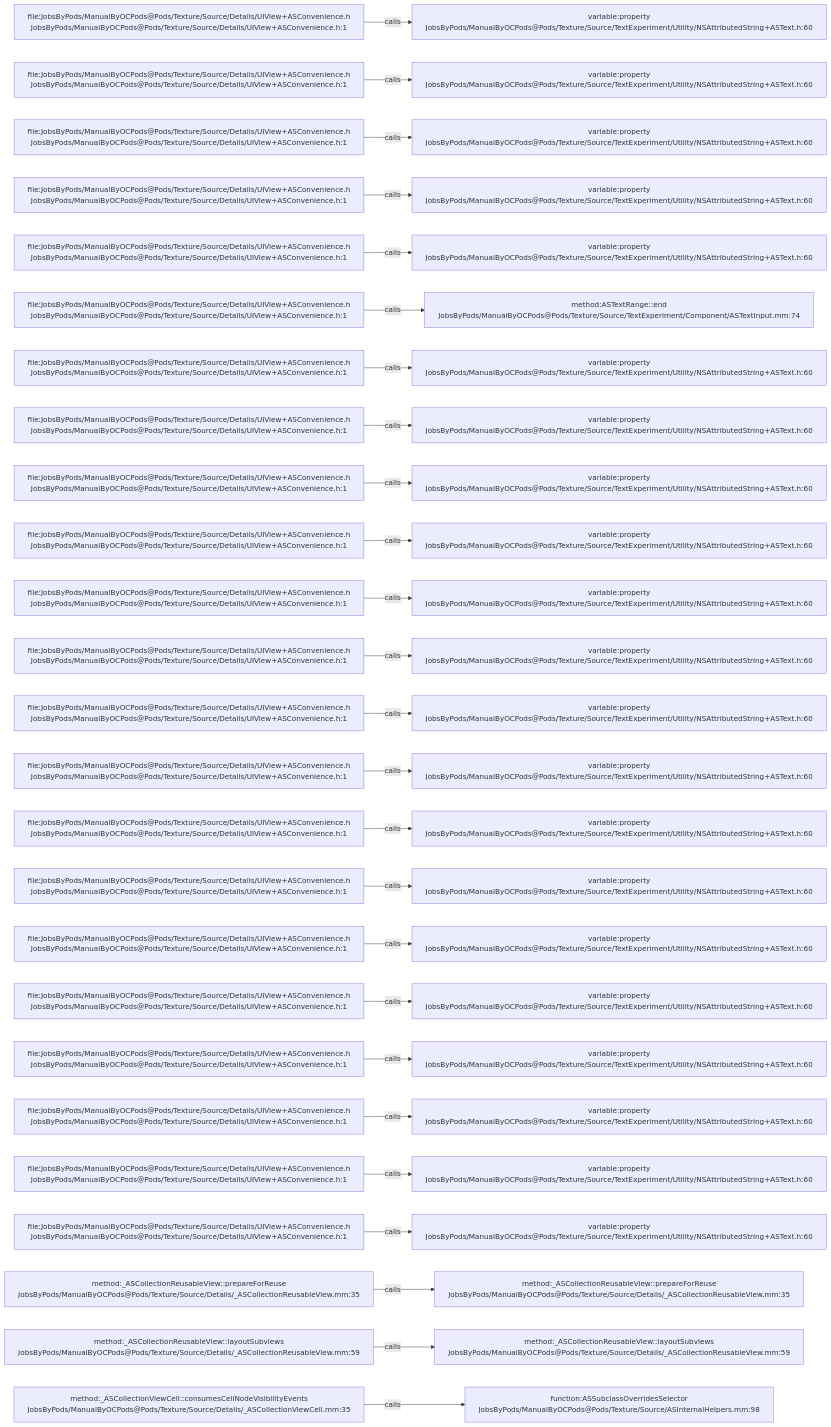
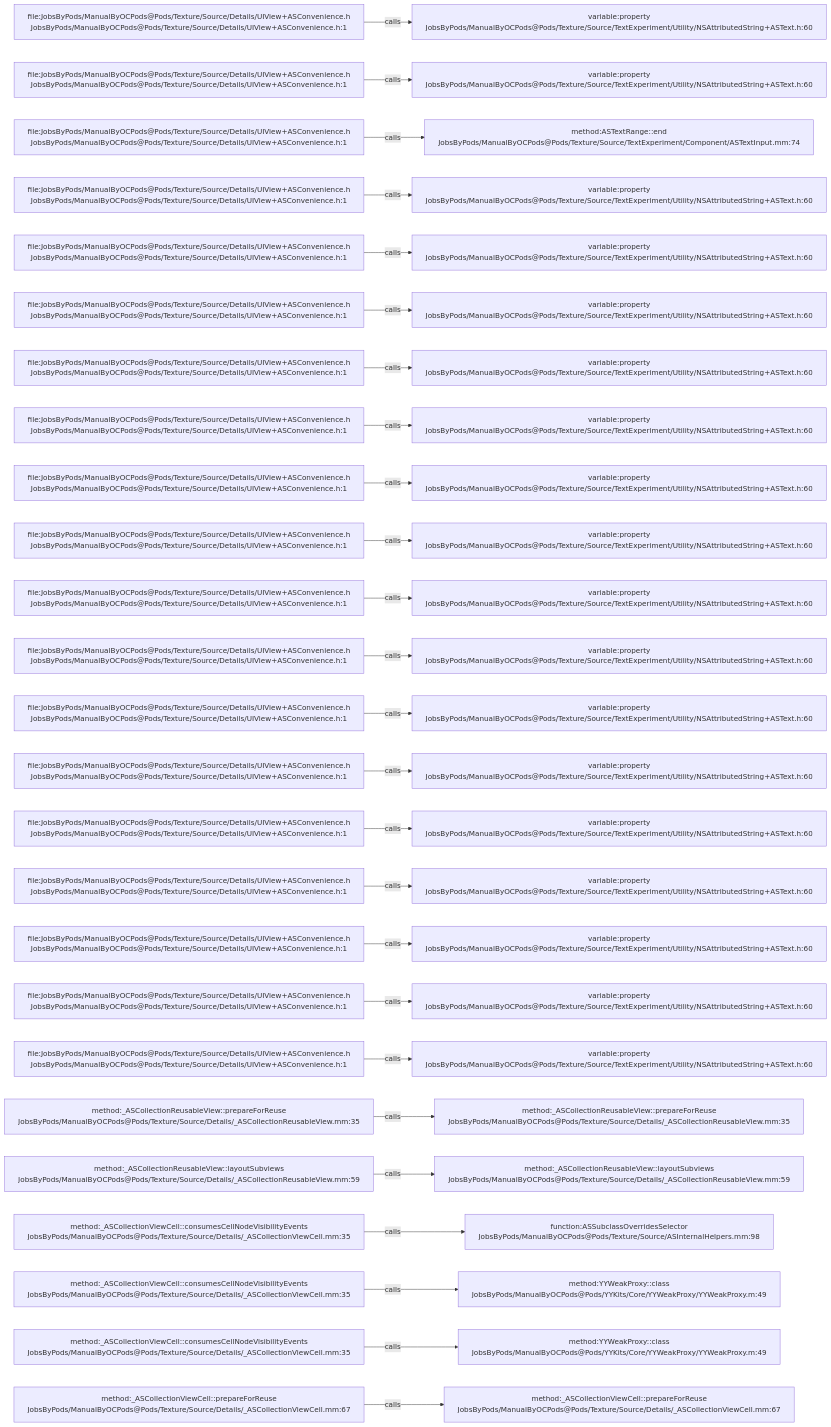
Before and after one commit to JobsKits/JobsOCBaseConfigDemo: the diagram in .codegraph/codegraph.md/graphs/calls-172.md, drawn with Mermaid. The commit also changed 342 other files, not shown here.

````diff
--- a/.codegraph/codegraph.md/graphs/calls-172.md
+++ b/.codegraph/codegraph.md/graphs/calls-172.md
@@ -13,78 +13,78 @@
 ```mermaid
 flowchart LR
   S1["file:JobsByPods/ManualByOCPods@Pods/Texture/Source/Details/UIView+ASConvenience.h<br/>JobsByPods/ManualByOCPods@Pods/Texture/Source/Details/UIView+ASConvenience.h:1"]
   T1["variable:property<br/>JobsByPods/ManualByOCPods@Pods/Texture/Source/TextExperiment/Utility/NSAttributedString+ASText.h:60"]
   S1 -->|calls| T1
   S2["file:JobsByPods/ManualByOCPods@Pods/Texture/Source/Details/UIView+ASConvenience.h<br/>JobsByPods/ManualByOCPods@Pods/Texture/Source/Details/UIView+ASConvenience.h:1"]
   T2["variable:property<br/>JobsByPods/ManualByOCPods@Pods/Texture/Source/TextExperiment/Utility/NSAttributedString+ASText.h:60"]
   S2 -->|calls| T2
   S3["file:JobsByPods/ManualByOCPods@Pods/Texture/Source/Details/UIView+ASConvenience.h<br/>JobsByPods/ManualByOCPods@Pods/Texture/Source/Details/UIView+ASConvenience.h:1"]
-  T3["variable:property<br/>JobsByPods/ManualByOCPods@Pods/Texture/Source/TextExperiment/Utility/NSAttributedString+ASText.h:60"]
+  T3["method:ASTextRange::end<br/>JobsByPods/ManualByOCPods@Pods/Texture/Source/TextExperiment/Component/ASTextInput.mm:74"]
   S3 -->|calls| T3
   S4["file:JobsByPods/ManualByOCPods@Pods/Texture/Source/Details/UIView+ASConvenience.h<br/>JobsByPods/ManualByOCPods@Pods/Texture/Source/Details/UIView+ASConvenience.h:1"]
   T4["variable:property<br/>JobsByPods/ManualByOCPods@Pods/Texture/Source/TextExperiment/Utility/NSAttributedString+ASText.h:60"]
   S4 -->|calls| T4
   S5["file:JobsByPods/ManualByOCPods@Pods/Texture/Source/Details/UIView+ASConvenience.h<br/>JobsByPods/ManualByOCPods@Pods/Texture/Source/Details/UIView+ASConvenience.h:1"]
   T5["variable:property<br/>JobsByPods/ManualByOCPods@Pods/Texture/Source/TextExperiment/Utility/NSAttributedString+ASText.h:60"]
   S5 -->|calls| T5
   S6["file:JobsByPods/ManualByOCPods@Pods/Texture/Source/Details/UIView+ASConvenience.h<br/>JobsByPods/ManualByOCPods@Pods/Texture/Source/Details/UIView+ASConvenience.h:1"]
-  T6["method:ASTextRange::end<br/>JobsByPods/ManualByOCPods@Pods/Texture/Source/TextExperiment/Component/ASTextInput.mm:74"]
+  T6["variable:property<br/>JobsByPods/ManualByOCPods@Pods/Texture/Source/TextExperiment/Utility/NSAttributedString+ASText.h:60"]
   S6 -->|calls| T6
   S7["file:JobsByPods/ManualByOCPods@Pods/Texture/Source/Details/UIView+ASConvenience.h<br/>JobsByPods/ManualByOCPods@Pods/Texture/Source/Details/UIView+ASConvenience.h:1"]
   T7["variable:property<br/>JobsByPods/ManualByOCPods@Pods/Texture/Source/TextExperiment/Utility/NSAttributedString+ASText.h:60"]
   S7 -->|calls| T7
   S8["file:JobsByPods/ManualByOCPods@Pods/Texture/Source/Details/UIView+ASConvenience.h<br/>JobsByPods/ManualByOCPods@Pods/Texture/Source/Details/UIView+ASConvenience.h:1"]
   T8["variable:property<br/>JobsByPods/ManualByOCPods@Pods/Texture/Source/TextExperiment/Utility/NSAttributedString+ASText.h:60"]
   S8 -->|calls| T8
   S9["file:JobsByPods/ManualByOCPods@Pods/Texture/Source/Details/UIView+ASConvenience.h<br/>JobsByPods/ManualByOCPods@Pods/Texture/Source/Details/UIView+ASConvenience.h:1"]
   T9["variable:property<br/>JobsByPods/ManualByOCPods@Pods/Texture/Source/TextExperiment/Utility/NSAttributedString+ASText.h:60"]
   S9 -->|calls| T9
   S10["file:JobsByPods/ManualByOCPods@Pods/Texture/Source/Details/UIView+ASConvenience.h<br/>JobsByPods/ManualByOCPods@Pods/Texture/Source/Details/UIView+ASConvenience.h:1"]
   T10["variable:property<br/>JobsByPods/ManualByOCPods@Pods/Texture/Source/TextExperiment/Utility/NSAttributedString+ASText.h:60"]
   S10 -->|calls| T10
   S11["file:JobsByPods/ManualByOCPods@Pods/Texture/Source/Details/UIView+ASConvenience.h<br/>JobsByPods/ManualByOCPods@Pods/Texture/Source/Details/UIView+ASConvenience.h:1"]
   T11["variable:property<br/>JobsByPods/ManualByOCPods@Pods/Texture/Source/TextExperiment/Utility/NSAttributedString+ASText.h:60"]
   S11 -->|calls| T11
   S12["file:JobsByPods/ManualByOCPods@Pods/Texture/Source/Details/UIView+ASConvenience.h<br/>JobsByPods/ManualByOCPods@Pods/Texture/Source/Details/UIView+ASConvenience.h:1"]
   T12["variable:property<br/>JobsByPods/ManualByOCPods@Pods/Texture/Source/TextExperiment/Utility/NSAttributedString+ASText.h:60"]
   S12 -->|calls| T12
   S13["file:JobsByPods/ManualByOCPods@Pods/Texture/Source/Details/UIView+ASConvenience.h<br/>JobsByPods/ManualByOCPods@Pods/Texture/Source/Details/UIView+ASConvenience.h:1"]
   T13["variable:property<br/>JobsByPods/ManualByOCPods@Pods/Texture/Source/TextExperiment/Utility/NSAttributedString+ASText.h:60"]
   S13 -->|calls| T13
   S14["file:JobsByPods/ManualByOCPods@Pods/Texture/Source/Details/UIView+ASConvenience.h<br/>JobsByPods/ManualByOCPods@Pods/Texture/Source/Details/UIView+ASConvenience.h:1"]
   T14["variable:property<br/>JobsByPods/ManualByOCPods@Pods/Texture/Source/TextExperiment/Utility/NSAttributedString+ASText.h:60"]
   S14 -->|calls| T14
   S15["file:JobsByPods/ManualByOCPods@Pods/Texture/Source/Details/UIView+ASConvenience.h<br/>JobsByPods/ManualByOCPods@Pods/Texture/Source/Details/UIView+ASConvenience.h:1"]
   T15["variable:property<br/>JobsByPods/ManualByOCPods@Pods/Texture/Source/TextExperiment/Utility/NSAttributedString+ASText.h:60"]
   S15 -->|calls| T15
   S16["file:JobsByPods/ManualByOCPods@Pods/Texture/Source/Details/UIView+ASConvenience.h<br/>JobsByPods/ManualByOCPods@Pods/Texture/Source/Details/UIView+ASConvenience.h:1"]
   T16["variable:property<br/>JobsByPods/ManualByOCPods@Pods/Texture/Source/TextExperiment/Utility/NSAttributedString+ASText.h:60"]
   S16 -->|calls| T16
   S17["file:JobsByPods/ManualByOCPods@Pods/Texture/Source/Details/UIView+ASConvenience.h<br/>JobsByPods/ManualByOCPods@Pods/Texture/Source/Details/UIView+ASConvenience.h:1"]
   T17["variable:property<br/>JobsByPods/ManualByOCPods@Pods/Texture/Source/TextExperiment/Utility/NSAttributedString+ASText.h:60"]
   S17 -->|calls| T17
   S18["file:JobsByPods/ManualByOCPods@Pods/Texture/Source/Details/UIView+ASConvenience.h<br/>JobsByPods/ManualByOCPods@Pods/Texture/Source/Details/UIView+ASConvenience.h:1"]
   T18["variable:property<br/>JobsByPods/ManualByOCPods@Pods/Texture/Source/TextExperiment/Utility/NSAttributedString+ASText.h:60"]
   S18 -->|calls| T18
   S19["file:JobsByPods/ManualByOCPods@Pods/Texture/Source/Details/UIView+ASConvenience.h<br/>JobsByPods/ManualByOCPods@Pods/Texture/Source/Details/UIView+ASConvenience.h:1"]
   T19["variable:property<br/>JobsByPods/ManualByOCPods@Pods/Texture/Source/TextExperiment/Utility/NSAttributedString+ASText.h:60"]
   S19 -->|calls| T19
-  S20["file:JobsByPods/ManualByOCPods@Pods/Texture/Source/Details/UIView+ASConvenience.h<br/>JobsByPods/ManualByOCPods@Pods/Texture/Source/Details/UIView+ASConvenience.h:1"]
-  T20["variable:property<br/>JobsByPods/ManualByOCPods@Pods/Texture/Source/TextExperiment/Utility/NSAttributedString+ASText.h:60"]
+  S20["method:_ASCollectionReusableView::prepareForReuse<br/>JobsByPods/ManualByOCPods@Pods/Texture/Source/Details/_ASCollectionReusableView.mm:35"]
+  T20["method:_ASCollectionReusableView::prepareForReuse<br/>JobsByPods/ManualByOCPods@Pods/Texture/Source/Details/_ASCollectionReusableView.mm:35"]
   S20 -->|calls| T20
-  S21["file:JobsByPods/ManualByOCPods@Pods/Texture/Source/Details/UIView+ASConvenience.h<br/>JobsByPods/ManualByOCPods@Pods/Texture/Source/Details/UIView+ASConvenience.h:1"]
-  T21["variable:property<br/>JobsByPods/ManualByOCPods@Pods/Texture/Source/TextExperiment/Utility/NSAttributedString+ASText.h:60"]
+  S21["method:_ASCollectionReusableView::layoutSubviews<br/>JobsByPods/ManualByOCPods@Pods/Texture/Source/Details/_ASCollectionReusableView.mm:59"]
+  T21["method:_ASCollectionReusableView::layoutSubviews<br/>JobsByPods/ManualByOCPods@Pods/Texture/Source/Details/_ASCollectionReusableView.mm:59"]
   S21 -->|calls| T21
-  S22["file:JobsByPods/ManualByOCPods@Pods/Texture/Source/Details/UIView+ASConvenience.h<br/>JobsByPods/ManualByOCPods@Pods/Texture/Source/Details/UIView+ASConvenience.h:1"]
-  T22["variable:property<br/>JobsByPods/ManualByOCPods@Pods/Texture/Source/TextExperiment/Utility/NSAttributedString+ASText.h:60"]
+  S22["method:_ASCollectionViewCell::consumesCellNodeVisibilityEvents<br/>JobsByPods/ManualByOCPods@Pods/Texture/Source/Details/_ASCollectionViewCell.mm:35"]
+  T22["function:ASSubclassOverridesSelector<br/>JobsByPods/ManualByOCPods@Pods/Texture/Source/ASInternalHelpers.mm:98"]
   S22 -->|calls| T22
-  S23["method:_ASCollectionReusableView::prepareForReuse<br/>JobsByPods/ManualByOCPods@Pods/Texture/Source/Details/_ASCollectionReusableView.mm:35"]
-  T23["method:_ASCollectionReusableView::prepareForReuse<br/>JobsByPods/ManualByOCPods@Pods/Texture/Source/Details/_ASCollectionReusableView.mm:35"]
+  S23["method:_ASCollectionViewCell::consumesCellNodeVisibilityEvents<br/>JobsByPods/ManualByOCPods@Pods/Texture/Source/Details/_ASCollectionViewCell.mm:35"]
+  T23["method:YYWeakProxy::class<br/>JobsByPods/ManualByOCPods@Pods/YYKits/Core/YYWeakProxy/YYWeakProxy.m:49"]
   S23 -->|calls| T23
-  S24["method:_ASCollectionReusableView::layoutSubviews<br/>JobsByPods/ManualByOCPods@Pods/Texture/Source/Details/_ASCollectionReusableView.mm:59"]
-  T24["method:_ASCollectionReusableView::layoutSubviews<br/>JobsByPods/ManualByOCPods@Pods/Texture/Source/Details/_ASCollectionReusableView.mm:59"]
+  S24["method:_ASCollectionViewCell::consumesCellNodeVisibilityEvents<br/>JobsByPods/ManualByOCPods@Pods/Texture/Source/Details/_ASCollectionViewCell.mm:35"]
+  T24["method:YYWeakProxy::class<br/>JobsByPods/ManualByOCPods@Pods/YYKits/Core/YYWeakProxy/YYWeakProxy.m:49"]
   S24 -->|calls| T24
-  S25["method:_ASCollectionViewCell::consumesCellNodeVisibilityEvents<br/>JobsByPods/ManualByOCPods@Pods/Texture/Source/Details/_ASCollectionViewCell.mm:35"]
-  T25["function:ASSubclassOverridesSelector<br/>JobsByPods/ManualByOCPods@Pods/Texture/Source/ASInternalHelpers.mm:98"]
+  S25["method:_ASCollectionViewCell::prepareForReuse<br/>JobsByPods/ManualByOCPods@Pods/Texture/Source/Details/_ASCollectionViewCell.mm:67"]
+  T25["method:_ASCollectionViewCell::prepareForReuse<br/>JobsByPods/ManualByOCPods@Pods/Texture/Source/Details/_ASCollectionViewCell.mm:67"]
   S25 -->|calls| T25
 ```
````
